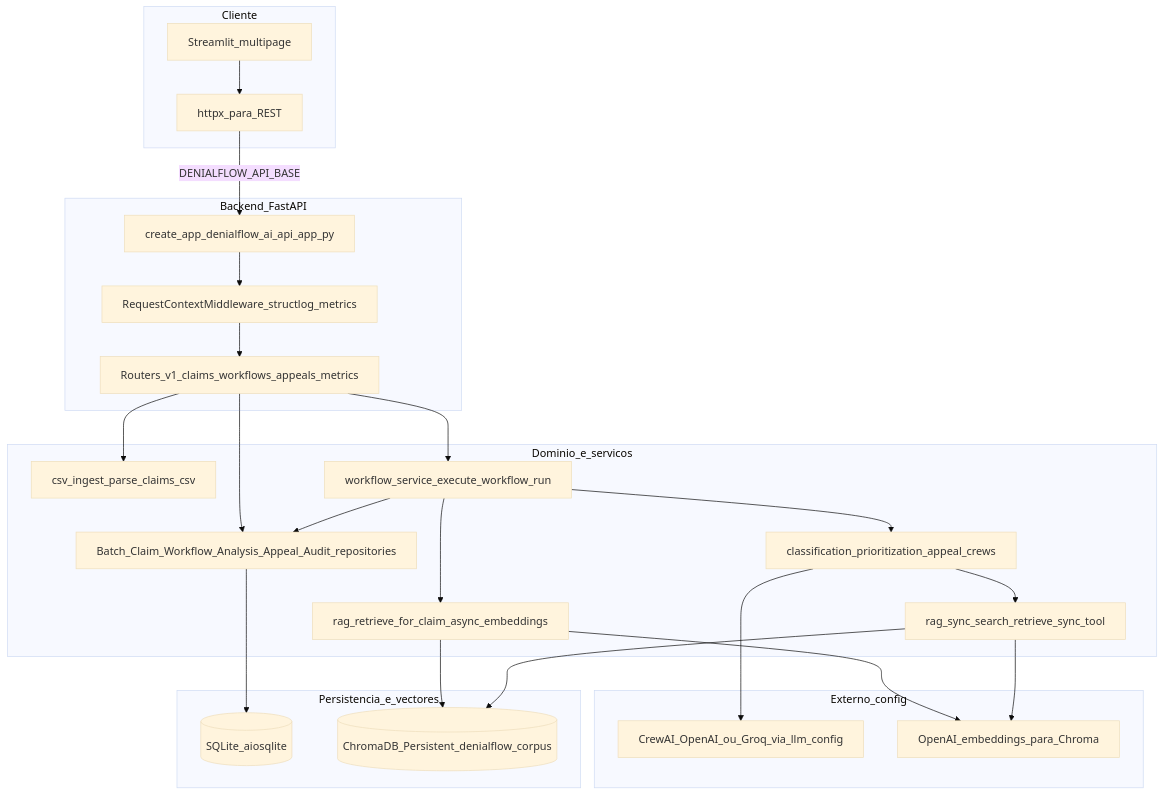
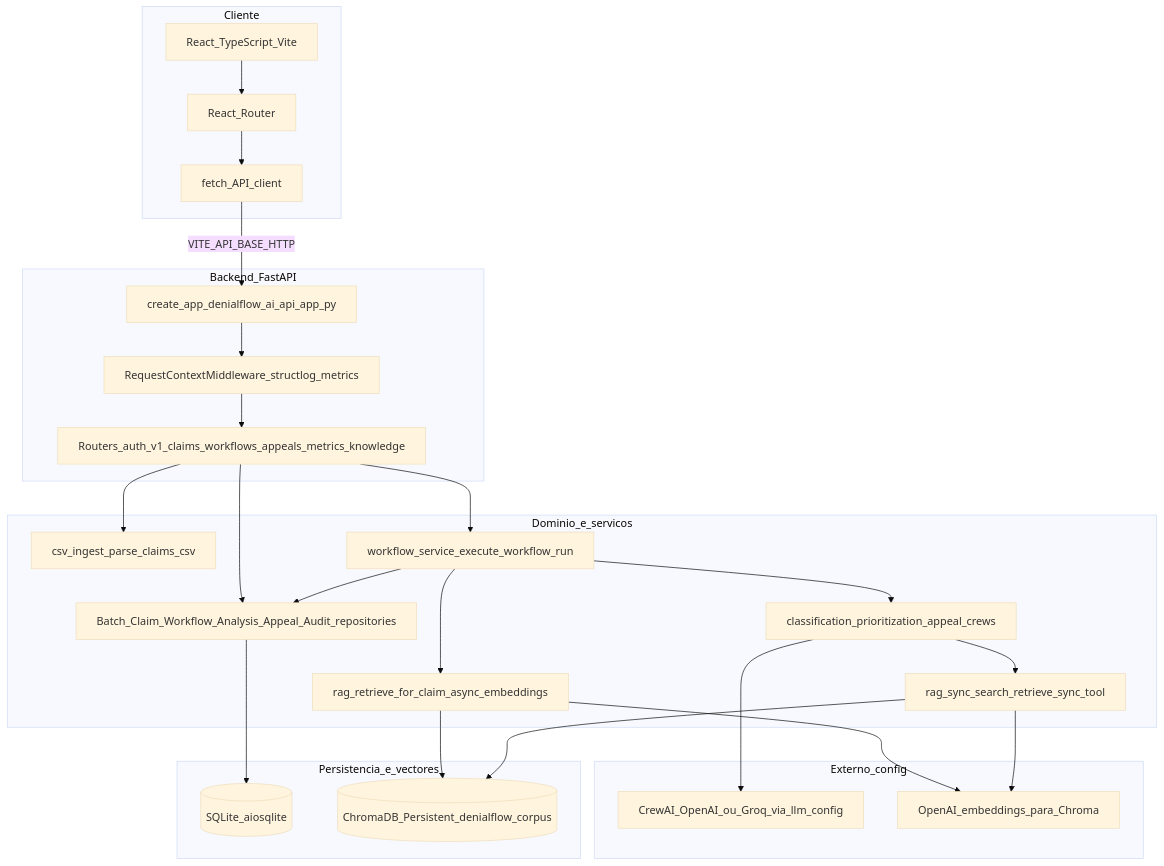
Before and after one commit to Matheusmatos2916/denialflow_ai: the third of 7 diagrams in arquitetura.md, drawn with Mermaid (base theme). The commit also changed other lines of this file and 57 other files, not shown here.

Commit message:
Add frontend and knowledge workflows

````diff
--- a/arquitetura.md
+++ b/arquitetura.md
@@ -73,45 +69,47 @@
 ```mermaid
 flowchart TB
   subgraph client [Cliente]
-    StreamlitUI[Streamlit_multipage]
-    HttpxClient[httpx_para_REST]
-    StreamlitUI --> HttpxClient
+    ReactSPA[React_TypeScript_Vite]
+    Router[React_Router]
+    ApiClient[fetch_API_client]
+    ReactSPA --> Router
+    Router --> ApiClient
   end
   subgraph api [Backend_FastAPI]
     App[create_app_denialflow_ai_api_app_py]
     Middleware[RequestContextMiddleware_structlog_metrics]
-    Routers[Routers_v1_claims_workflows_appeals_metrics]
+    Routers[Routers_auth_v1_claims_workflows_appeals_metrics_knowledge]
     App --> Middleware
     Middleware --> Routers
   end
   subgraph domain [Dominio_e_servicos]
     CsvIngest[csv_ingest_parse_claims_csv]
     WfSvc[workflow_service_execute_workflow_run]
     Repos[Batch_Claim_Workflow_Analysis_Appeal_Audit_repositories]
     Crews[classification_prioritization_appeal_crews]
     RagAsync[rag_retrieve_for_claim_async_embeddings]
     RagSync[rag_sync_search_retrieve_sync_tool]
     Routers --> CsvIngest
     Routers --> WfSvc
     Routers --> Repos
     WfSvc --> Crews
     WfSvc --> RagAsync
     Crews --> RagSync
     WfSvc --> Repos
   end
   subgraph data [Persistencia_e_vectores]
     SQLite[(SQLite_aiosqlite)]
     Chroma[(ChromaDB_Persistent_denialflow_corpus)]
     RagAsync --> Chroma
     RagSync --> Chroma
     Repos --> SQLite
   end
   subgraph external [Externo_config]
     LLM[CrewAI_OpenAI_ou_Groq_via_llm_config]
     Embeddings[OpenAI_embeddings_para_Chroma]
     Crews --> LLM
     RagAsync --> Embeddings
     RagSync --> Embeddings
   end
-  HttpxClient -->|"DENIALFLOW_API_BASE"| App
+  ApiClient -->|"VITE_API_BASE_HTTP"| App
 ```
````
